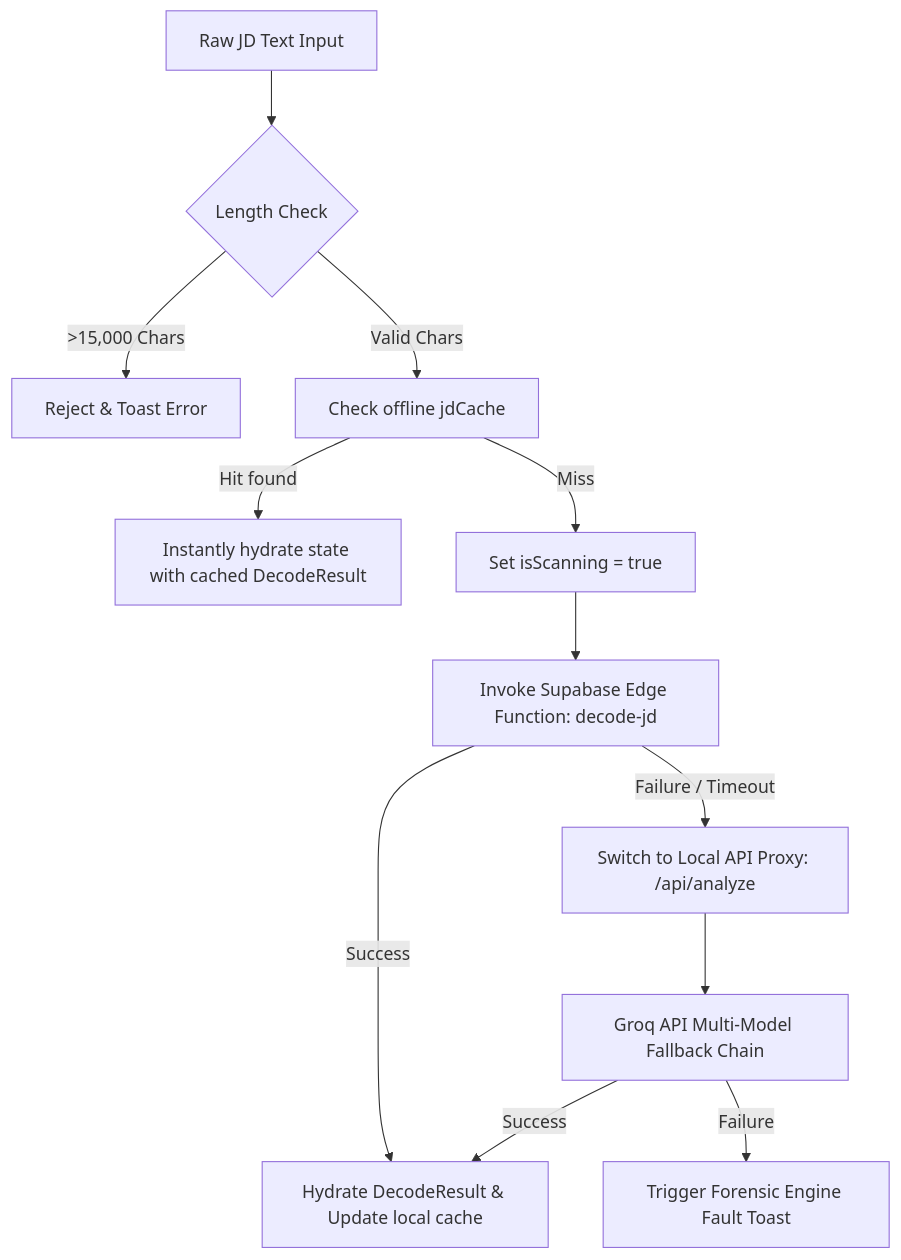
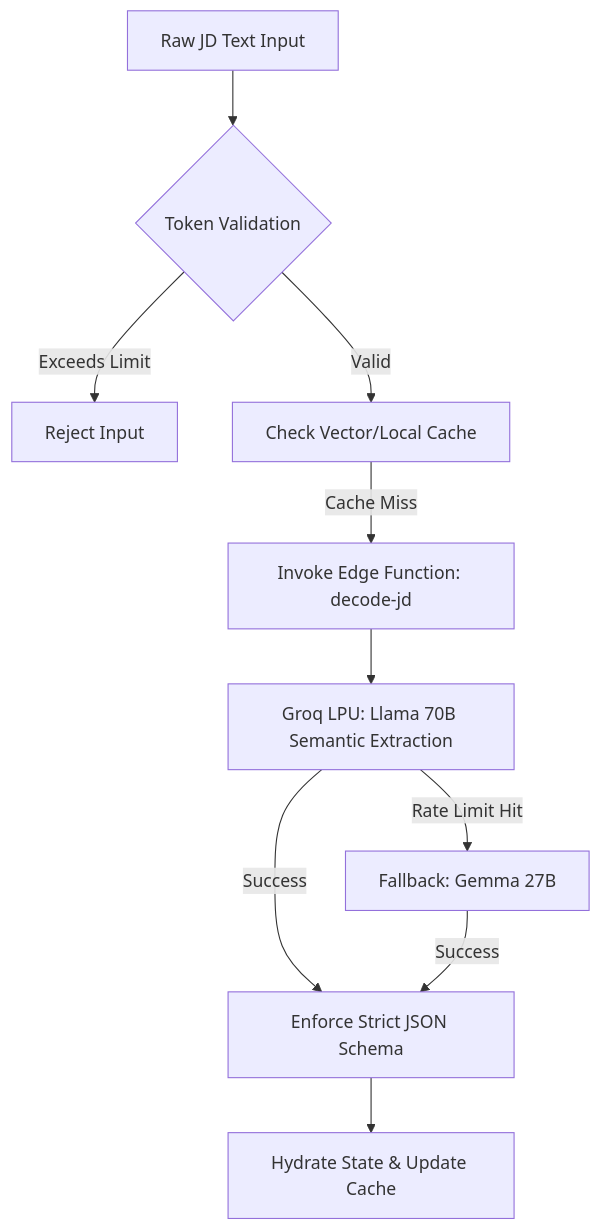
One commit to Amruth011/lumina-project-220 changed the first of 2 diagrams in ARCHITECTURE.md. Above: the diagram before and after it, drawn with Mermaid. The commit also changed other lines of this file, not shown here.

Commit message:
docs: Refactor ARCHITECTURE.md to focus on AI/ML pipeline engineering

````diff
--- a/ARCHITECTURE.md
+++ b/ARCHITECTURE.md
@@ -122,14 +30,12 @@
 ```mermaid
 graph TD
-    A[Raw JD Text Input] --> B{Length Check}
-    B -- >15,000 Chars --> C[Reject & Toast Error]
-    B -- Valid Chars --> D[Check offline jdCache]
-    D -- Hit found --> E[Instantly hydrate state with cached DecodeResult]
-    D -- Miss --> F[Set isScanning = true]
-    F --> G[Invoke Supabase Edge Function: decode-jd]
-    G -- Success --> H[Hydrate DecodeResult & Update local cache]
-    G -- Failure / Timeout --> I[Switch to Local API Proxy: /api/analyze]
-    I --> J[Groq API Multi-Model Fallback Chain]
-    J -- Success --> H
-    J -- Failure --> K[Trigger Forensic Engine Fault Toast]
+    A[Raw JD Text Input] --> B{Token Validation}
+    B -- Exceeds Limit --> C[Reject Input]
+    B -- Valid --> D[Check Vector/Local Cache]
+    D -- Cache Miss --> E[Invoke Edge Function: decode-jd]
+    E --> F[Groq LPU: Llama 70B Semantic Extraction]
+    F -- Rate Limit Hit --> G[Fallback: Gemma 27B]
+    F -- Success --> H[Enforce Strict JSON Schema]
+    G -- Success --> H
+    H --> I[Hydrate State & Update Cache]
 ```
````
